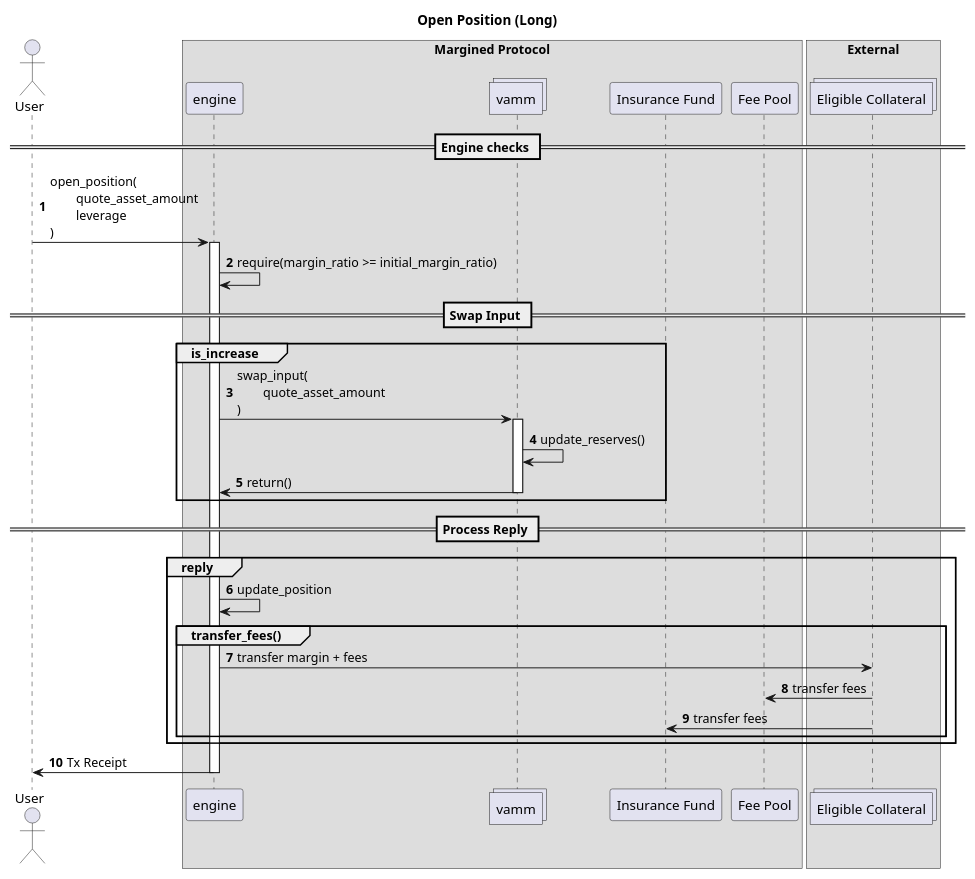
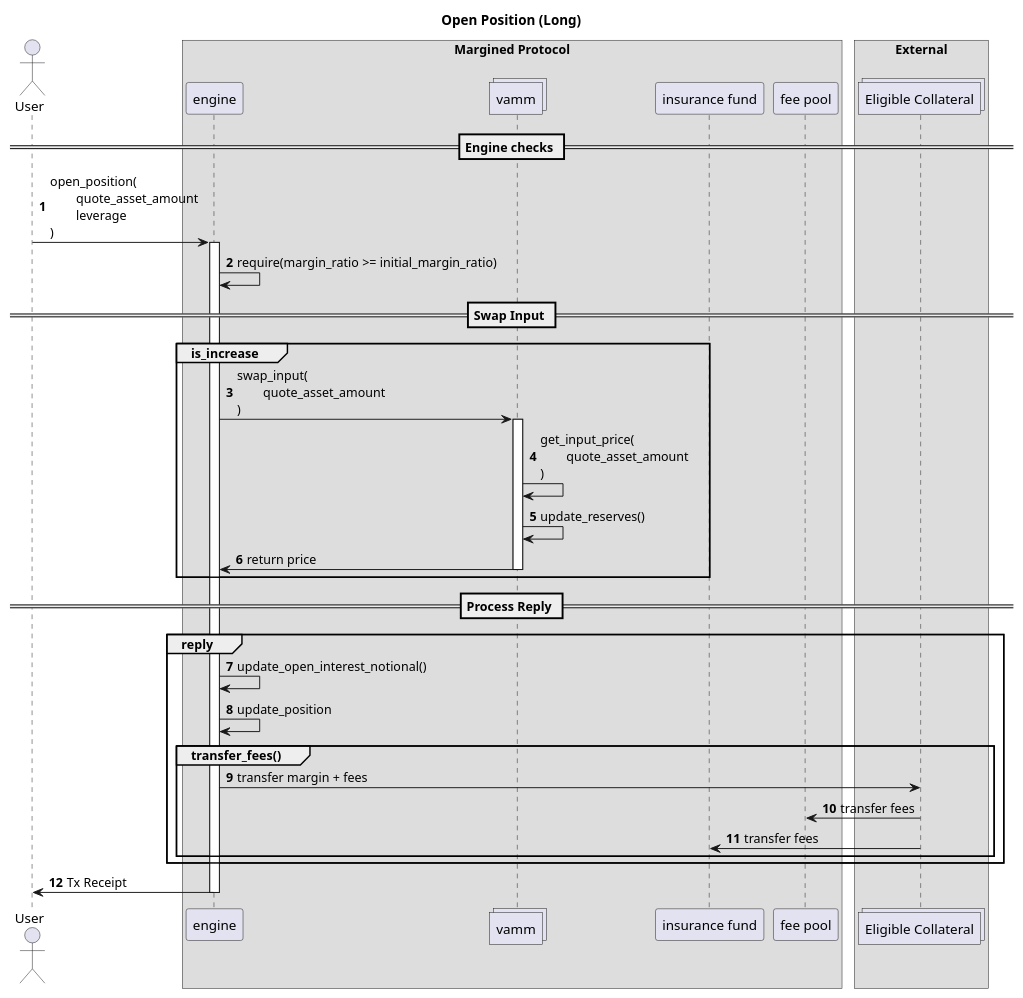
Before and after one commit to margined-protocol/docs: the diagram in architecture/images/open-pos.puml, drawn with PlantUML. The commit also changed 1 other file, not shown here.

Commit message:
latest changes to diagram

```diff
--- a/architecture/images/open-pos.puml
+++ b/architecture/images/open-pos.puml
@@ -1,53 +1,55 @@
 @startuml
 autonumber
 actor User    
 
 box "Margined Protocol" 
     participant engine    
     collections vamm     
-    participant "Insurance Fund" as insurance    
-    participant "Fee Pool" as pool    
+    participant "insurance fund" as insurance    
+    participant "fee pool" as pool    
 end box
 
 box "External"
     collections "Eligible Collateral" as cw20
 end box
 
 
 title Open Position (Long)
 
 == Engine checks ==
 
 User -> engine : open_position(\n\tquote_asset_amount\n\tleverage\n)
 activate engine
 
 engine -> engine : require(margin_ratio >= initial_margin_ratio)
 
 == Swap Input ==
 
 Group is_increase
     engine -> vamm : swap_input(\n\tquote_asset_amount\n)
     activate vamm
 
+    vamm -> vamm: get_input_price(\n\tquote_asset_amount\n)
     vamm -> vamm: update_reserves()
 
-    vamm -> engine: return()
+    vamm -> engine: return price
     deactivate vamm
 end
 
 == Process Reply ==
 Group reply
 
+    engine -> engine: update_open_interest_notional()
     engine -> engine: update_position
 
     Group transfer_fees()
         engine -> cw20 : transfer margin + fees
         cw20 -> pool : transfer fees
         cw20 -> insurance : transfer fees
     end 
 end
 
 engine -> User : Tx Receipt
 deactivate engine
 
 @enduml
```
